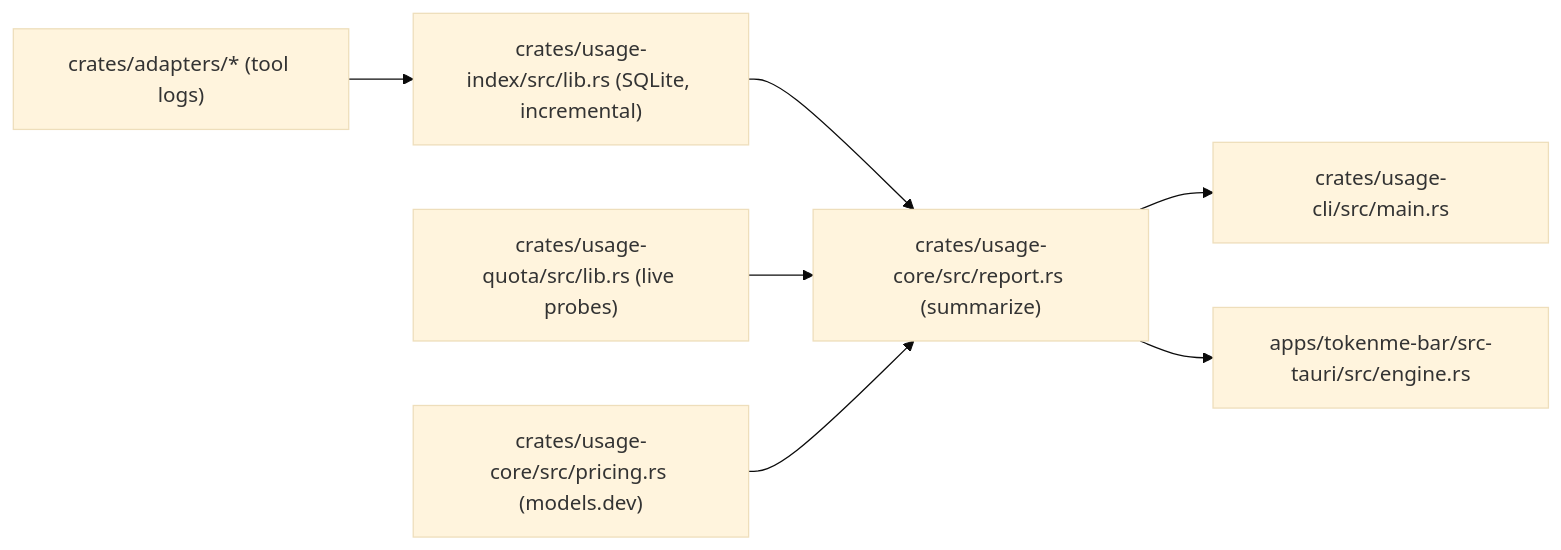
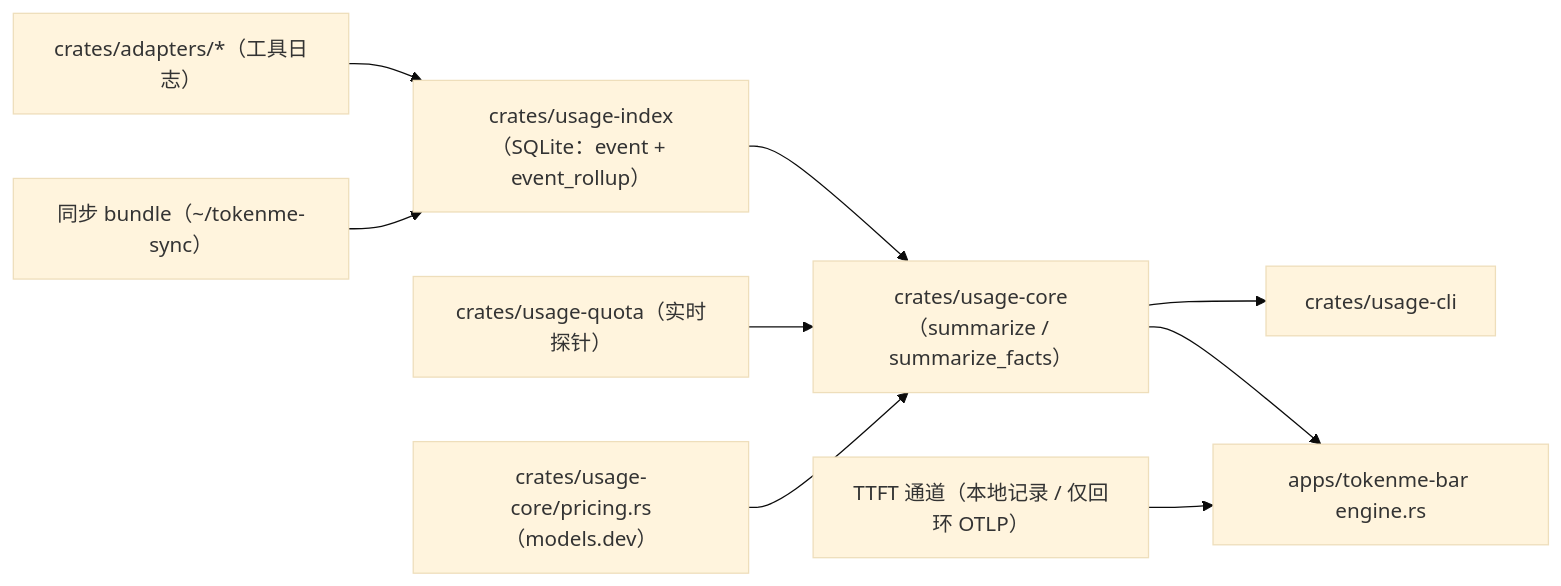
One commit to Bencibr/tokenme changed the diagram in docs/ARCHITECTURE.md. Above: the diagram before and after it, drawn with Mermaid (base theme). The commit also changed other lines of this file and 1 other file, not shown here.

First line of the commit message:
docs(architecture): the architecture doc speaks Chinese, and both languages catch up to 0.1.7

````diff
--- a/docs/ARCHITECTURE.md
+++ b/docs/ARCHITECTURE.md
@@ -23,9 +23,11 @@
 ```mermaid
 flowchart LR
-    A["crates/adapters/* (tool logs)"] --> B["crates/usage-index/src/lib.rs (SQLite, incremental)"]
-    B --> C["crates/usage-core/src/report.rs (summarize)"]
-    C --> D["crates/usage-cli/src/main.rs"]
-    C --> E["apps/tokenme-bar/src-tauri/src/engine.rs"]
-    F["crates/usage-quota/src/lib.rs (live probes)"] --> C
-    G["crates/usage-core/src/pricing.rs (models.dev)"] --> C
+    A["crates/adapters/*（工具日志）"] --> B["crates/usage-index（SQLite：event + event_rollup）"]
+    B --> C["crates/usage-core（summarize / summarize_facts）"]
+    C --> D["crates/usage-cli"]
+    C --> E["apps/tokenme-bar engine.rs"]
+    F["crates/usage-quota（实时探针）"] --> C
+    G["crates/usage-core/pricing.rs（models.dev）"] --> C
+    H["同步 bundle（~/tokenme-sync）"] --> B
+    I["TTFT 通道（本地记录 / 仅回环 OTLP）"] --> E
 ```
````
